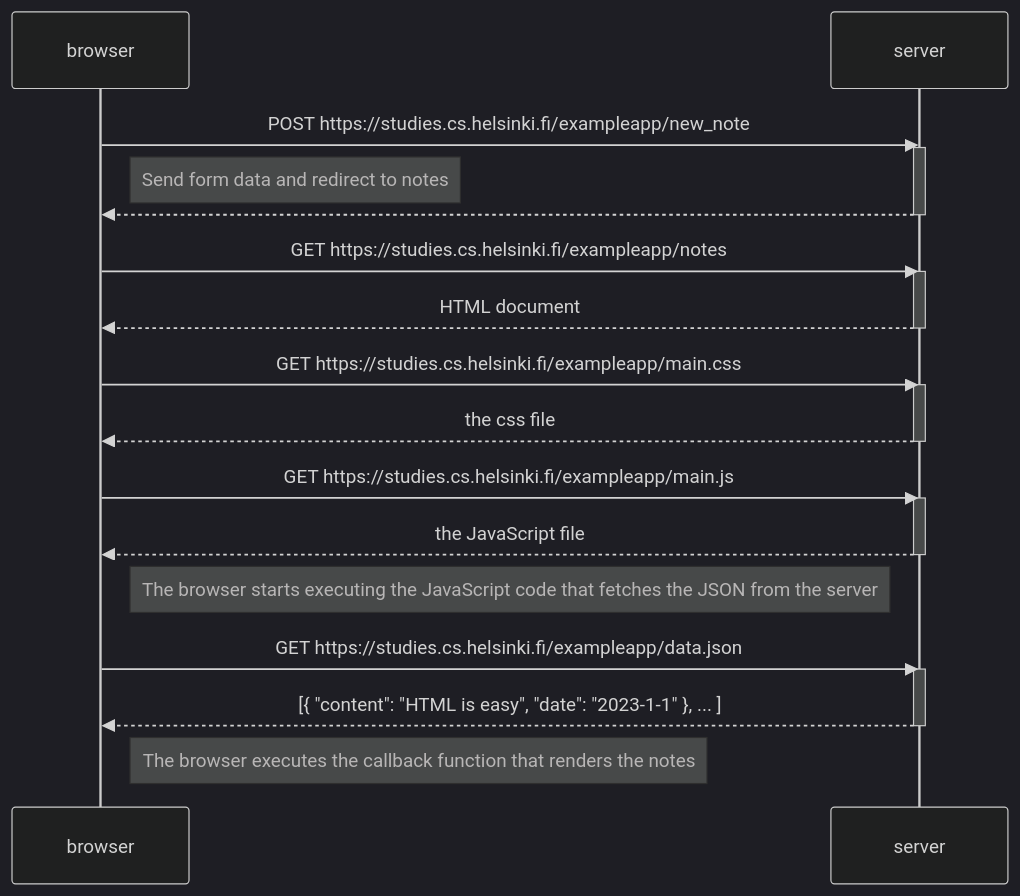
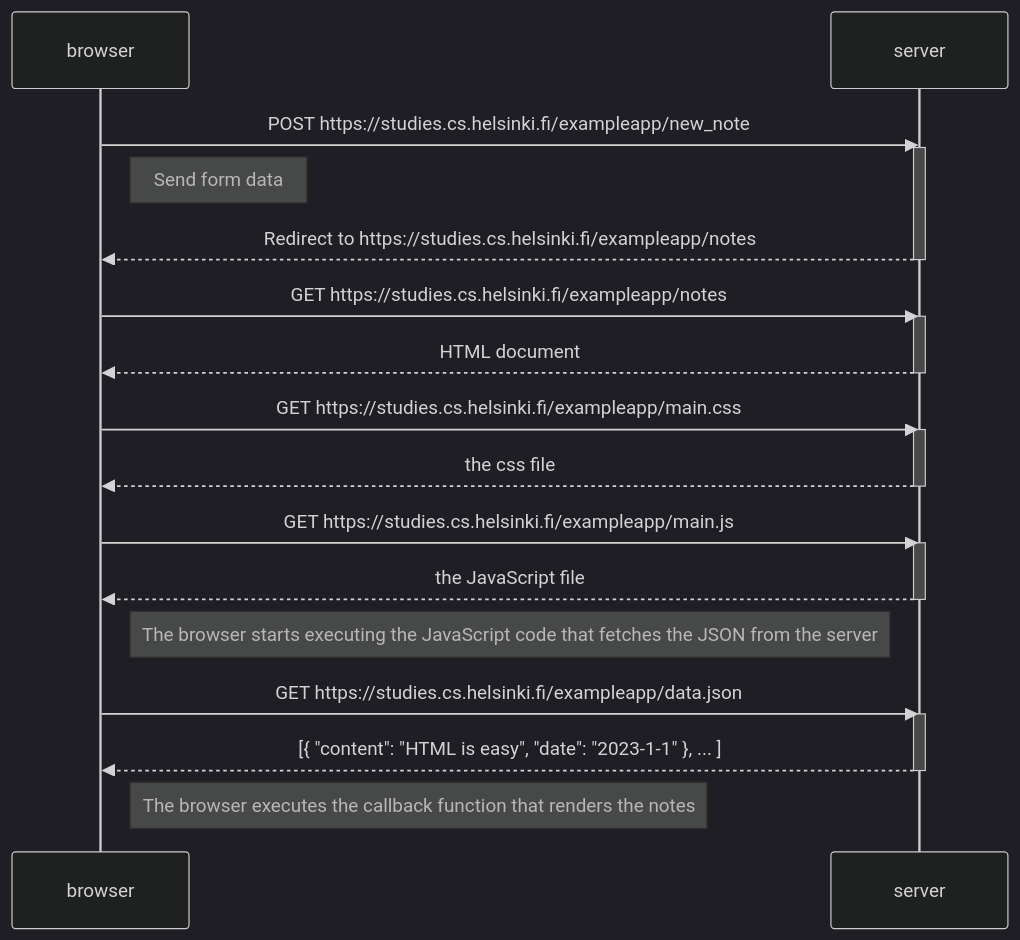
One commit to jennifer-manriquez/FullStackOpen changed the diagram in Part 0/NewNoteDiagram.md. Above: the diagram before and after it, drawn with Mermaid (dark theme).

Commit message:
Update Fix diagram

````diff
--- a/Part 0/NewNoteDiagram.md
+++ b/Part 0/NewNoteDiagram.md
@@ -1,36 +1,36 @@
 ```mermaid
 sequenceDiagram
     participant browser
     participant server
 
     browser->>server: POST https://studies.cs.helsinki.fi/exampleapp/new_note
     activate server
-    Note right of browser: Send form data and redirect to notes
-    server-->>browser: 
+    Note right of browser: Send form data 
+    server-->>browser: Redirect to https://studies.cs.helsinki.fi/exampleapp/notes
     deactivate server
 
 
     browser->>server: GET https://studies.cs.helsinki.fi/exampleapp/notes
     activate server
     server-->>browser: HTML document
     deactivate server
 
     browser->>server: GET https://studies.cs.helsinki.fi/exampleapp/main.css
     activate server
     server-->>browser: the css file
     deactivate server
 
     browser->>server: GET https://studies.cs.helsinki.fi/exampleapp/main.js
     activate server
     server-->>browser: the JavaScript file
     deactivate server
 
     Note right of browser: The browser starts executing the JavaScript code that fetches the JSON from the server
 
     browser->>server: GET https://studies.cs.helsinki.fi/exampleapp/data.json
     activate server
     server-->>browser: [{ "content": "HTML is easy", "date": "2023-1-1" }, ... ]
     deactivate server
 
     Note right of browser: The browser executes the callback function that renders the notes
 ```
````
